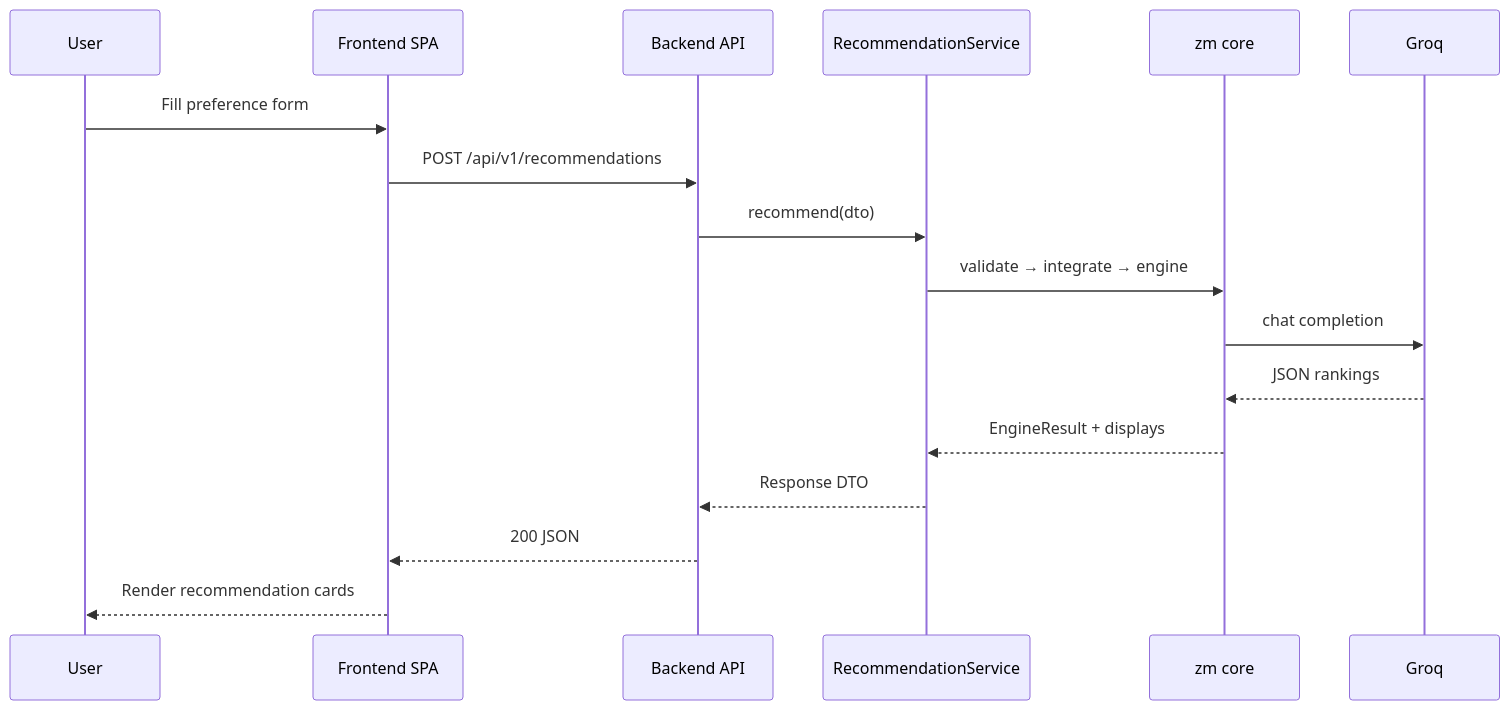
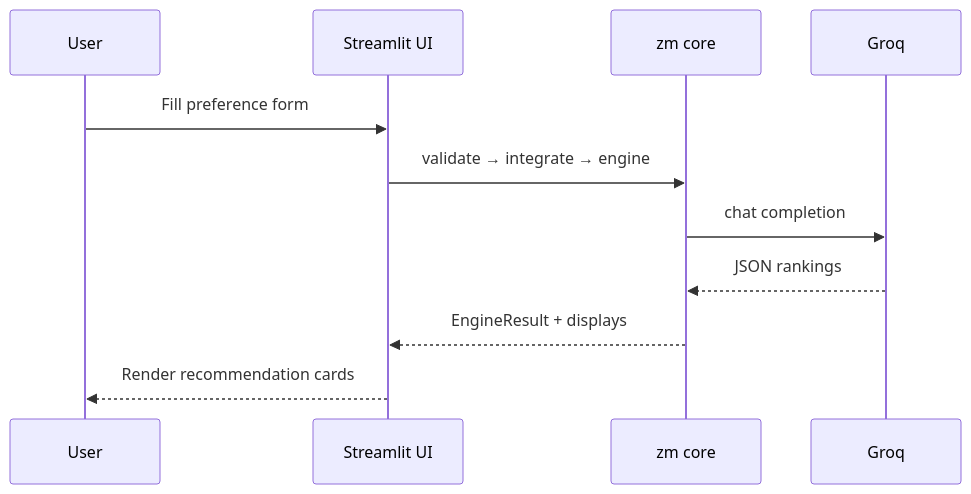
One commit to Somu639/Zomato-Final changed the third of 4 diagrams in Docs/PhaseWiseArchitecture.md. Above: the diagram before and after it, drawn with Mermaid. The commit also changed other lines of this file and 36 other files, not shown here.

````diff
--- a/Docs/PhaseWiseArchitecture.md
+++ b/Docs/PhaseWiseArchitecture.md
@@ -558,20 +309,14 @@
 ```mermaid
 sequenceDiagram
     participant U as User
-    participant FE as Frontend SPA
-    participant API as Backend API
-    participant SVC as RecommendationService
+    participant ST as Streamlit UI
     participant CORE as zm core
     participant GROQ as Groq
 
-    U->>FE: Fill preference form
-    FE->>API: POST /api/v1/recommendations
-    API->>SVC: recommend(dto)
-    SVC->>CORE: validate → integrate → engine
+    U->>ST: Fill preference form
+    ST->>CORE: validate → integrate → engine
     CORE->>GROQ: chat completion
     GROQ-->>CORE: JSON rankings
-    CORE-->>SVC: EngineResult + displays
-    SVC-->>API: Response DTO
-    API-->>FE: 200 JSON
-    FE-->>U: Render recommendation cards
+    CORE-->>ST: EngineResult + displays
+    ST-->>U: Render recommendation cards
 ```
````
